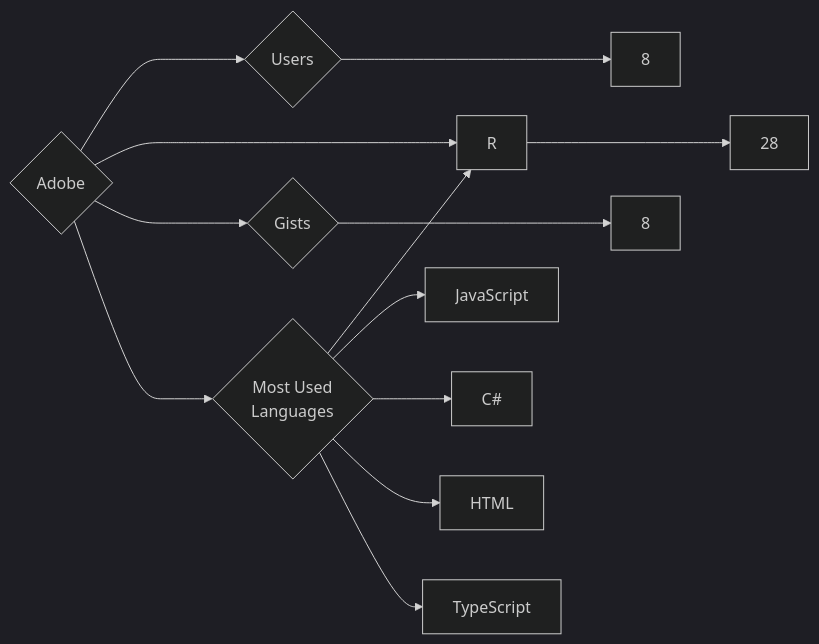
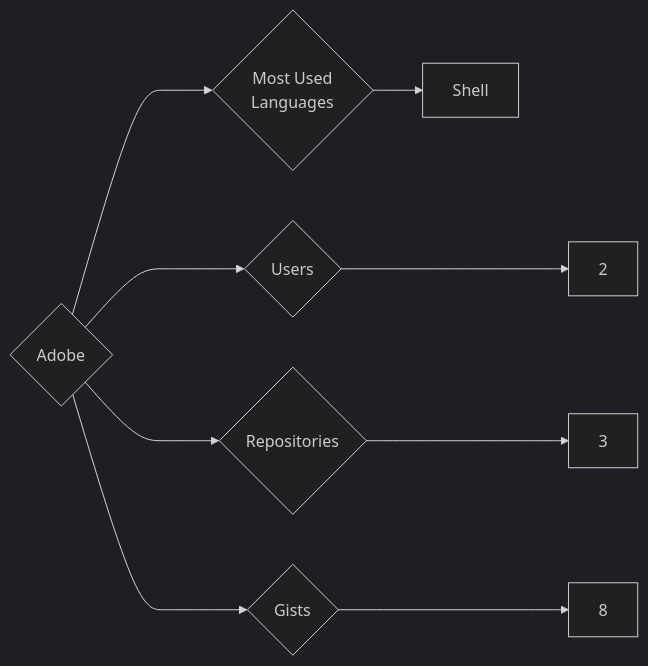
The diagram in targets/Adobe/README.md (trickest/insiders), drawn with Mermaid (dark theme) before and after one commit. The commit also changed 559 other files, not shown here.

````diff
--- a/targets/Adobe/README.md
+++ b/targets/Adobe/README.md
@@ -3,13 +3,9 @@
 ```mermaid
 graph LR
 COMPANY_NAME{Adobe}
-COMPANY_NAME ---> U{Users} ---> UN[8]
-COMPANY_NAME ---> R{Repositories} ---> RN[28]
+COMPANY_NAME ---> U{Users} ---> UN[2]
+COMPANY_NAME ---> R{Repositories} ---> RN[3]
 COMPANY_NAME ---> G{Gists} ---> GN[8]
 COMPANY_NAME ---> ML{Most Used<br>Languages}
-ML --> R[R]
-ML --> JavaScript[JavaScript]
-ML --> C#[C#]
-ML --> HTML[HTML]
-ML --> TypeScript[TypeScript]
+ML --> Shell[Shell]
 ```
````
